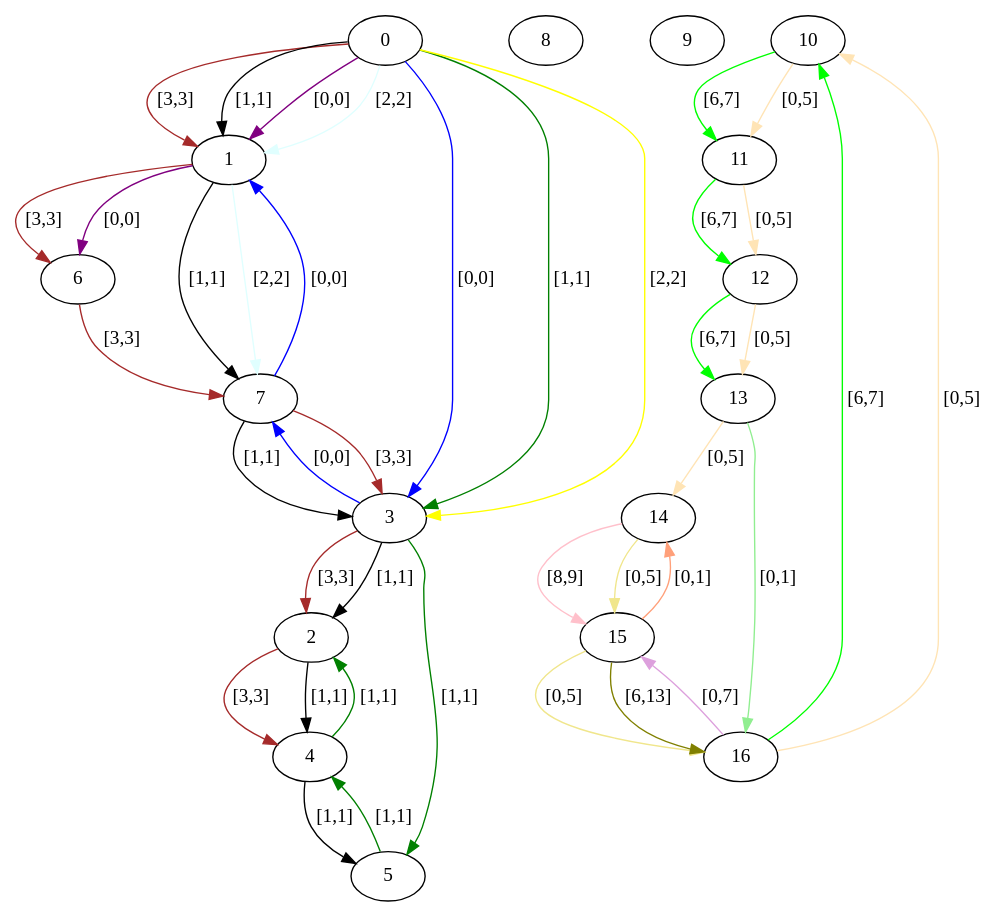
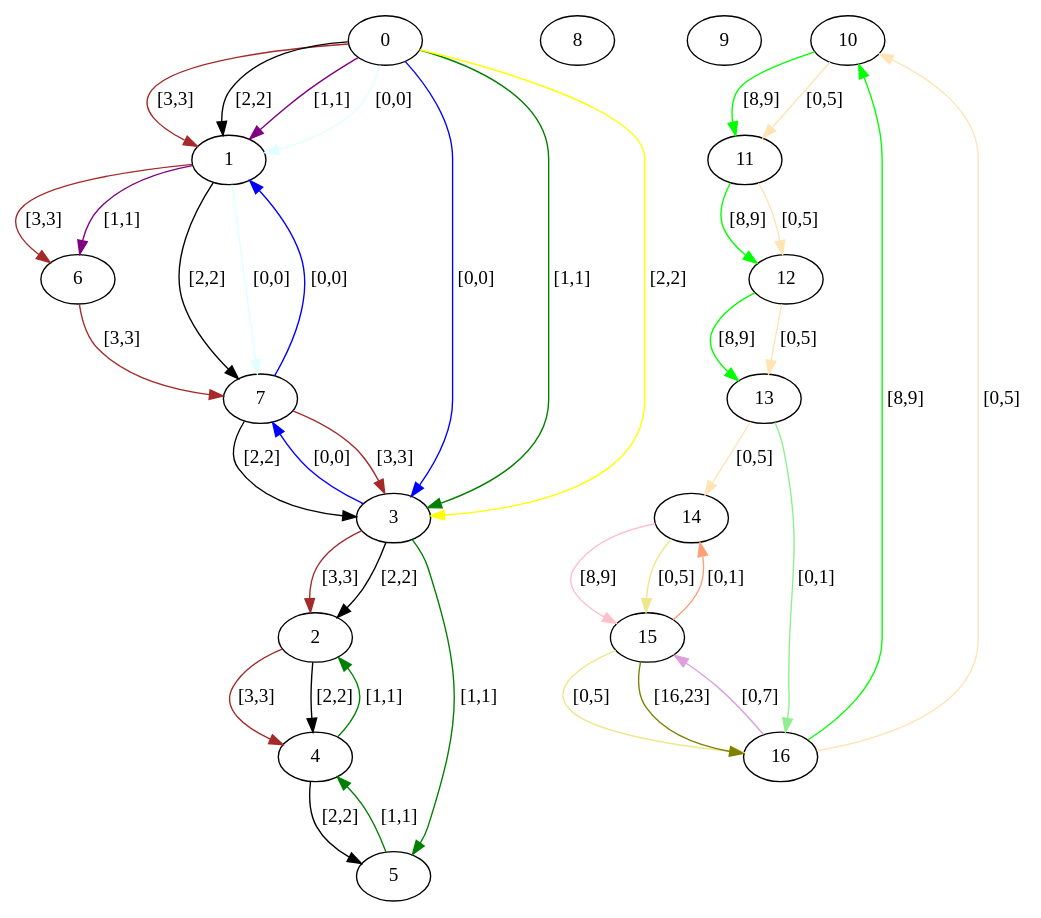
Before and after one commit to Hebbe1234/ExpectAll: the diagram in src/assignedGraphs/assigned.dot, drawn with Graphviz. The commit also changed 3 other files, not shown here.

```diff
--- a/src/assignedGraphs/assigned.dot
+++ b/src/assignedGraphs/assigned.dot
@@ -1,59 +1,59 @@
 digraph  {
 0 [label=0];
 1 [label=1];
 2 [label=2];
 3 [label=3];
 4 [label=4];
 5 [label=5];
 6 [label=6];
 7 [label=7];
 8 [label=8];
 9 [label=9];
 10 [label=10];
 11 [label=11];
 12 [label=12];
 13 [label=13];
 14 [label=14];
 15 [label=15];
 16 [label=16];
 0 -> 3  [color=blue, key=0, label="[0,0]"];
 0 -> 3  [color=green, key=1, label="[1,1]"];
 0 -> 3  [color=yellow, key=2, label="[2,2]"];
 0 -> 1  [color=brown, key=0, label="[3,3]"];
-0 -> 1  [color=black, key=1, label="[1,1]"];
-0 -> 1  [color=purple, key=2, label="[0,0]"];
-0 -> 1  [color=lightcyan, key=3, label="[2,2]"];
+0 -> 1  [color=black, key=1, label="[2,2]"];
+0 -> 1  [color=purple, key=2, label="[1,1]"];
+0 -> 1  [color=lightcyan, key=3, label="[0,0]"];
 1 -> 6  [color=brown, key=0, label="[3,3]"];
-1 -> 6  [color=purple, key=1, label="[0,0]"];
-1 -> 7  [color=black, key=0, label="[1,1]"];
-1 -> 7  [color=lightcyan, key=1, label="[2,2]"];
+1 -> 6  [color=purple, key=1, label="[1,1]"];
+1 -> 7  [color=black, key=0, label="[2,2]"];
+1 -> 7  [color=lightcyan, key=1, label="[0,0]"];
 2 -> 4  [color=brown, key=0, label="[3,3]"];
-2 -> 4  [color=black, key=1, label="[1,1]"];
+2 -> 4  [color=black, key=1, label="[2,2]"];
 3 -> 7  [color=blue, key=0, label="[0,0]"];
 3 -> 5  [color=green, key=0, label="[1,1]"];
 3 -> 2  [color=brown, key=0, label="[3,3]"];
-3 -> 2  [color=black, key=1, label="[1,1]"];
+3 -> 2  [color=black, key=1, label="[2,2]"];
 4 -> 2  [color=green, key=0, label="[1,1]"];
-4 -> 5  [color=black, key=0, label="[1,1]"];
+4 -> 5  [color=black, key=0, label="[2,2]"];
 5 -> 4  [color=green, key=0, label="[1,1]"];
 6 -> 7  [color=brown, key=0, label="[3,3]"];
 7 -> 1  [color=blue, key=0, label="[0,0]"];
 7 -> 3  [color=brown, key=0, label="[3,3]"];
-7 -> 3  [color=black, key=1, label="[1,1]"];
-10 -> 11  [color=lime, key=0, label="[6,7]"];
+7 -> 3  [color=black, key=1, label="[2,2]"];
+10 -> 11  [color=lime, key=0, label="[8,9]"];
 10 -> 11  [color=moccasin, key=1, label="[0,5]"];
-11 -> 12  [color=lime, key=0, label="[6,7]"];
+11 -> 12  [color=lime, key=0, label="[8,9]"];
 11 -> 12  [color=moccasin, key=1, label="[0,5]"];
-12 -> 13  [color=lime, key=0, label="[6,7]"];
+12 -> 13  [color=lime, key=0, label="[8,9]"];
 12 -> 13  [color=moccasin, key=1, label="[0,5]"];
 13 -> 16  [color=lightgreen, key=0, label="[0,1]"];
 13 -> 14  [color=moccasin, key=0, label="[0,5]"];
 14 -> 15  [color=pink, key=0, label="[8,9]"];
 14 -> 15  [color=khaki, key=1, label="[0,5]"];
 15 -> 14  [color=lightsalmon, key=0, label="[0,1]"];
 15 -> 16  [color=khaki, key=0, label="[0,5]"];
-15 -> 16  [color=olive, key=1, label="[6,13]"];
-16 -> 10  [color=lime, key=0, label="[6,7]"];
+15 -> 16  [color=olive, key=1, label="[16,23]"];
+16 -> 10  [color=lime, key=0, label="[8,9]"];
 16 -> 10  [color=moccasin, key=1, label="[0,5]"];
 16 -> 15  [color=plum, key=0, label="[0,7]"];
 }
```
